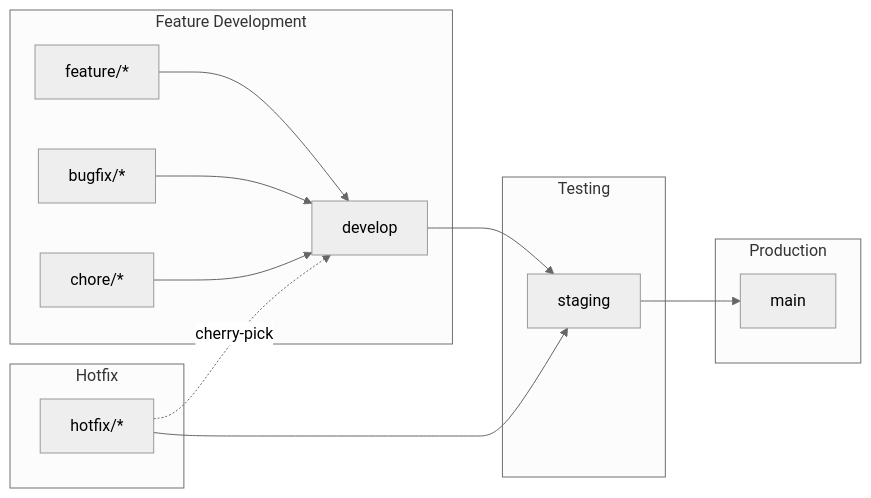
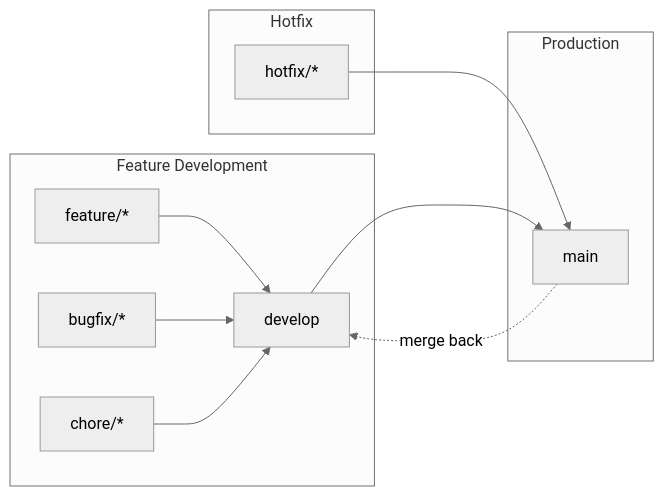
Before and after one commit to Brownbull/gmni_boletapp: the diagram in docs/branching-strategy.md, drawn with Mermaid (neutral theme). The commit also changed other lines of this file, not shown here.

````diff
--- a/docs/branching-strategy.md
+++ b/docs/branching-strategy.md
@@ -59,21 +64,17 @@
 ```mermaid
 graph LR
     subgraph Feature Development
         F[feature/*] --> D[develop]
         B[bugfix/*] --> D
         C[chore/*] --> D
     end
 
-    subgraph Testing
-        D --> S[staging]
-    end
-
     subgraph Production
-        S --> M[main]
+        D --> M[main]
     end
 
     subgraph Hotfix
-        H[hotfix/*] --> S
-        H -.->|cherry-pick| D
+        H[hotfix/*] --> M
+        M -.->|merge back| D
     end
 ```
````
